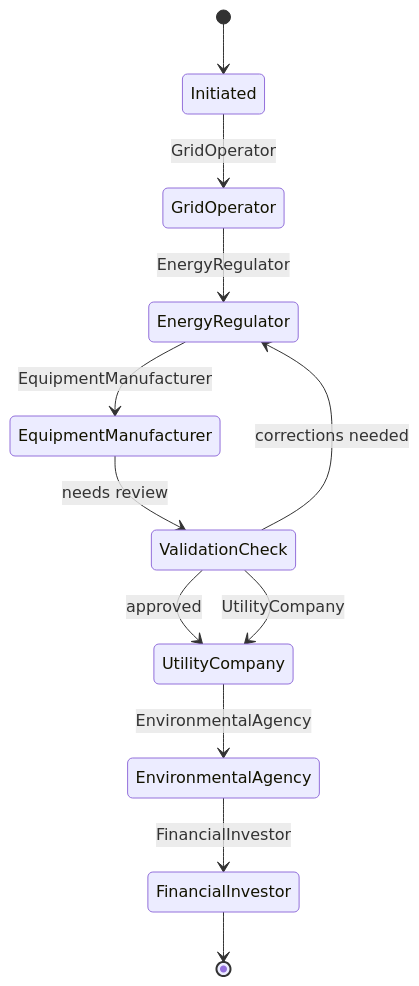
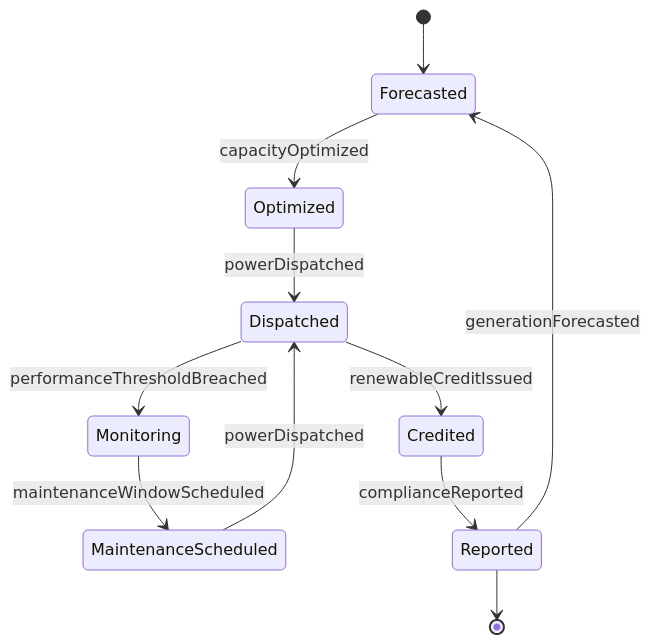
Before and after one commit to dot-org-ai/tasks.org.ai: the second of 4 diagrams in GuidingDirectingAndMotivatingSubordinates/DirectOrganizationalOperationsActivitiesOrProcedures/DirectGreenEnergyProductionOperations.mdx, drawn with Mermaid. The commit also changed other lines of this file and 515 other files, not shown here.

````diff
--- a/GuidingDirectingAndMotivatingSubordinates/DirectOrganizationalOperationsActivitiesOrProcedures/DirectGreenEnergyProductionOperations.mdx
+++ b/GuidingDirectingAndMotivatingSubordinates/DirectOrganizationalOperationsActivitiesOrProcedures/DirectGreenEnergyProductionOperations.mdx
@@ -105,14 +105,13 @@
 ```mermaid
 stateDiagram-v2
-    [*] --> Initiated
-    Initiated --> GridOperator: GridOperator
-    GridOperator --> EnergyRegulator: EnergyRegulator
-    EnergyRegulator --> EquipmentManufacturer: EquipmentManufacturer
-    EquipmentManufacturer --> ValidationCheck: needs review
-    ValidationCheck --> EnergyRegulator: corrections needed
-    ValidationCheck --> UtilityCompany: approved
-    ValidationCheck --> UtilityCompany: UtilityCompany
-    UtilityCompany --> EnvironmentalAgency: EnvironmentalAgency
-    EnvironmentalAgency --> FinancialInvestor: FinancialInvestor
-    FinancialInvestor --> [*]
+    [*] --> Forecasted
+    Forecasted --> Optimized : capacityOptimized
+    Optimized --> Dispatched : powerDispatched
+    Dispatched --> Monitoring : performanceThresholdBreached
+    Monitoring --> MaintenanceScheduled : maintenanceWindowScheduled
+    MaintenanceScheduled --> Dispatched : powerDispatched
+    Dispatched --> Credited : renewableCreditIssued
+    Credited --> Reported : complianceReported
+    Reported --> Forecasted : generationForecasted
+    Reported --> [*]
 ```
````
